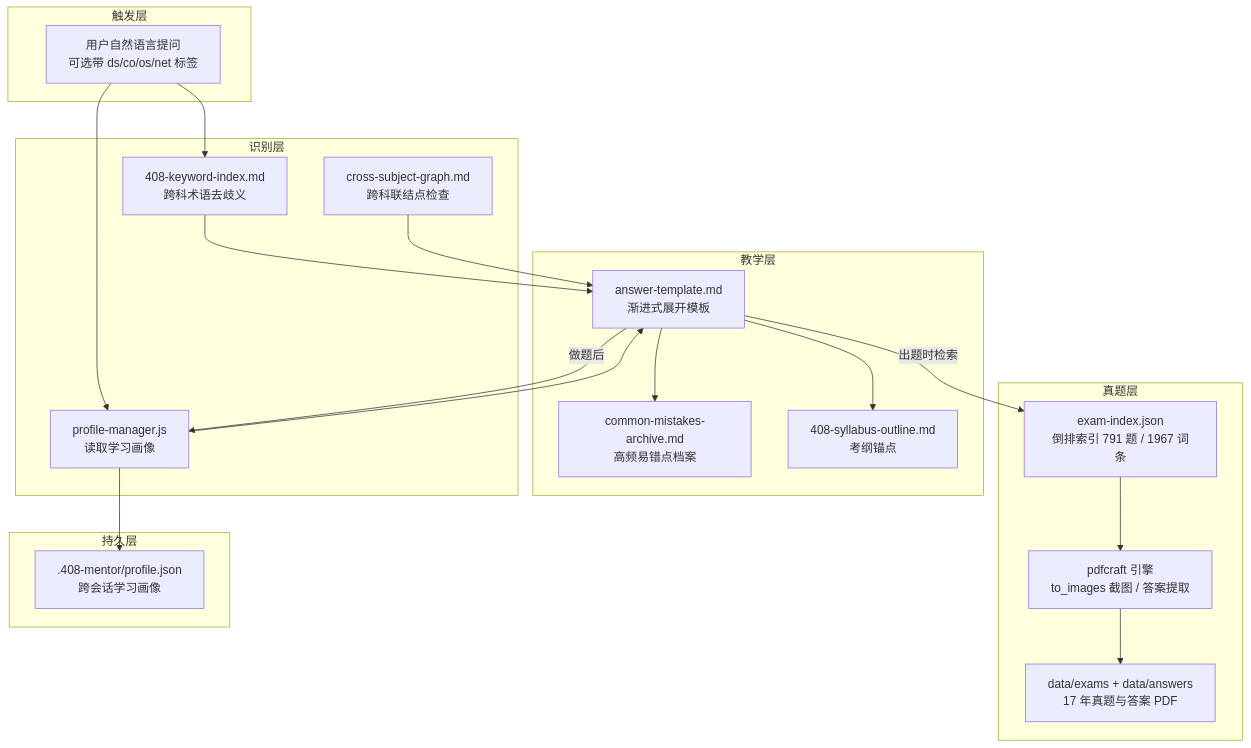
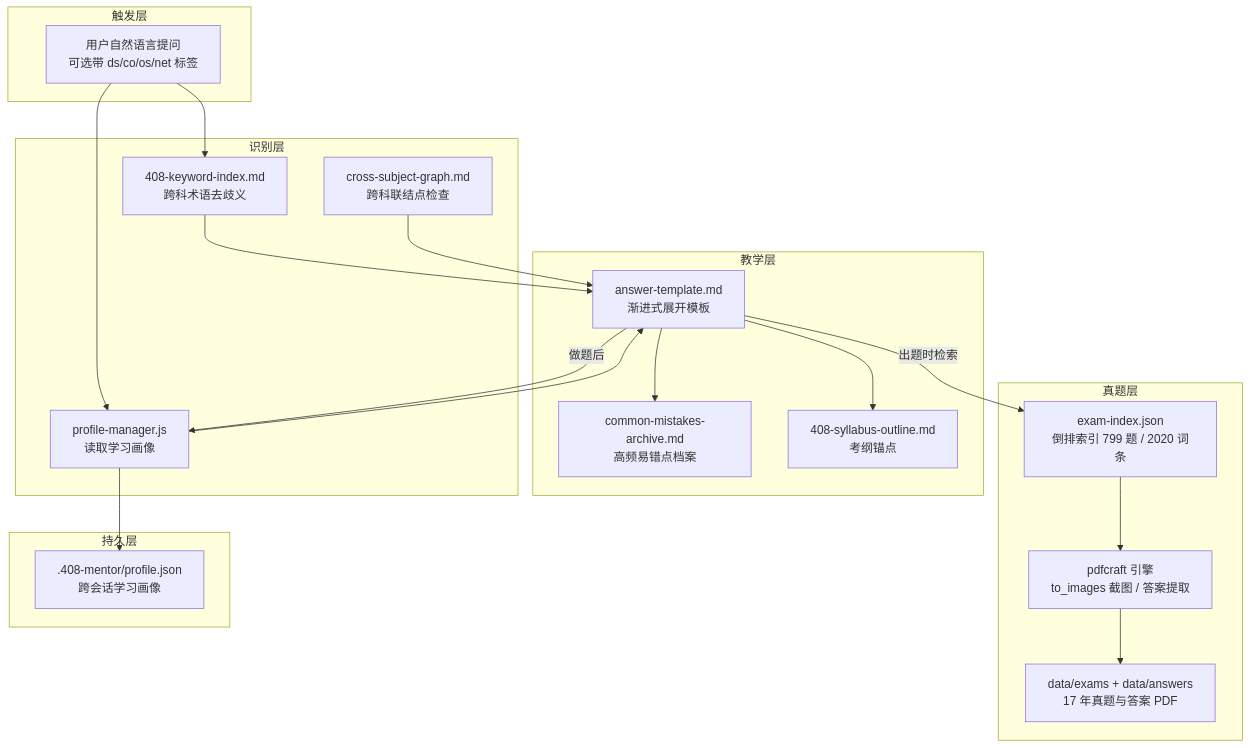
One commit to WeatherCore/408 changed the third of 3 diagrams in README.md. Above: the diagram before and after it, drawn with Mermaid. The commit also changed other lines of this file, not shown here.

````diff
--- a/README.md
+++ b/README.md
@@ -175,41 +196,41 @@
 ```mermaid
 flowchart TB
     subgraph 触发层
         U[用户自然语言提问<br/>可选带 ds/co/os/net 标签]
     end
 
     subgraph 识别层
         KI[408-keyword-index.md<br/>跨科术语去歧义]
         CG[cross-subject-graph.md<br/>跨科联结点检查]
         PM[profile-manager.js<br/>读取学习画像]
     end
 
     subgraph 教学层
         AT[answer-template.md<br/>渐进式展开模板]
         CM[common-mistakes-archive.md<br/>高频易错点档案]
         SO[408-syllabus-outline.md<br/>考纲锚点]
     end
 
     subgraph 真题层
-        EI[exam-index.json<br/>倒排索引 791 题 / 1967 词条]
+        EI[exam-index.json<br/>倒排索引 799 题 / 2020 词条]
         PC[pdfcraft 引擎<br/>to_images 截图 / 答案提取]
         DP[data/exams + data/answers<br/>17 年真题与答案 PDF]
     end
 
     subgraph 持久层
         PJ[.408-mentor/profile.json<br/>跨会话学习画像]
     end
 
     U --> KI
     U --> PM
     KI --> AT
     PM --> AT
     CG --> AT
     AT --> CM
     AT --> SO
     AT -->|出题时检索| EI
     EI --> PC
     PC --> DP
     AT -->|做题后| PM
     PM --> PJ
 ```
````
